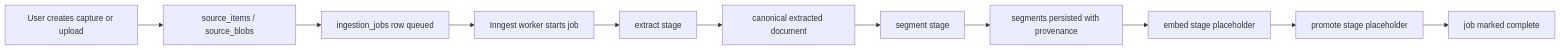
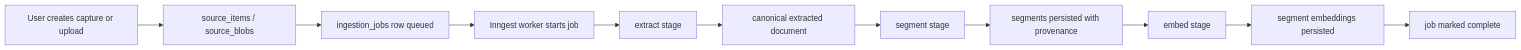
The first of 3 diagrams in docs/ingestion-workflow-foundation.md (wiseiodev/memory-vault), drawn with Mermaid before and after one commit. The commit also changed other lines of this file and 19 other files, not shown here.

First line of the commit message:
feat(web): add segment embeddings and retrieval primitives (#9)

````diff
--- a/docs/ingestion-workflow-foundation.md
+++ b/docs/ingestion-workflow-foundation.md
@@ -26,13 +26,13 @@
 ```mermaid
 flowchart LR
     A["User creates capture or upload"] --> B["source_items / source_blobs"]
     B --> C["ingestion_jobs row queued"]
     C --> D["Inngest worker starts job"]
     D --> E["extract stage"]
     E --> F["canonical extracted document"]
     F --> G["segment stage"]
     G --> H["segments persisted with provenance"]
-    H --> I["embed stage placeholder"]
-    I --> J["promote stage placeholder"]
+    H --> I["embed stage"]
+    I --> J["segment embeddings persisted"]
     J --> K["job marked complete"]
 ```
````
